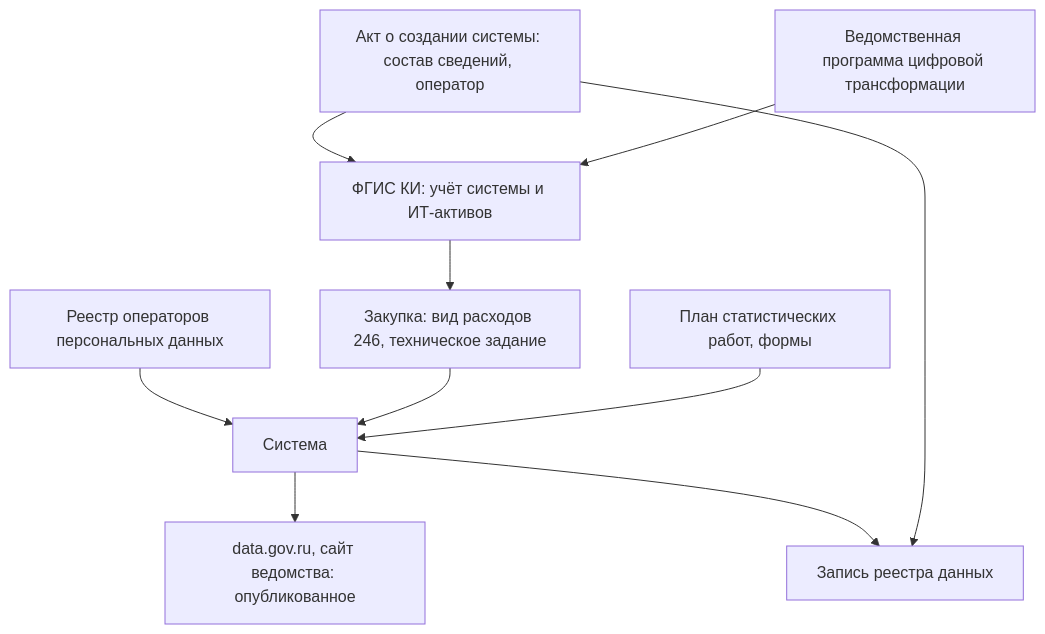
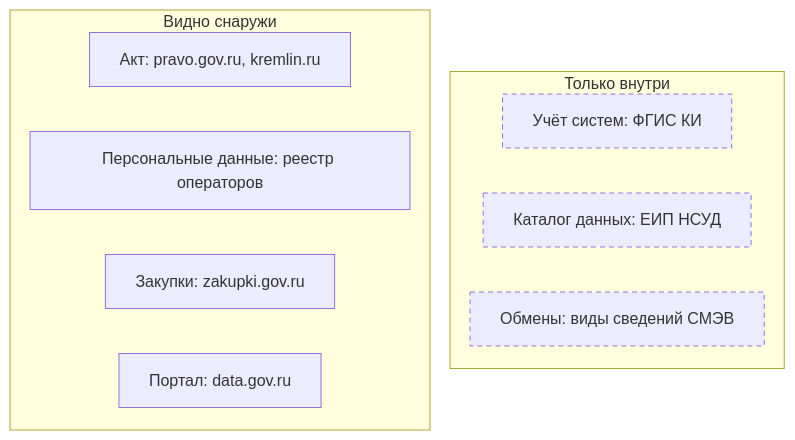
The first of 2 diagrams in docs/07-countries/02-russia.md (ivbeg/data-inventory), drawn with Mermaid before and after one commit. The commit also changed other lines of this file and 54 other files, not shown here.

````diff
--- a/docs/07-countries/02-russia.md
+++ b/docs/07-countries/02-russia.md
@@ -23,12 +15,21 @@
 ```mermaid
-flowchart TB
-  A["Акт о создании системы: состав сведений, оператор"] --> K["ФГИС КИ: учёт системы и ИТ-активов"]
-  P["Ведомственная программа цифровой трансформации"] --> K
-  K --> Z["Закупка: вид расходов 246, техническое задание"]
-  O["Реестр операторов персональных данных"] --> S["Система"]
-  Z --> S
-  F["План статистических работ, формы"] --> S
-  S --> D["data.gov.ru, сайт ведомства: опубликованное"]
-  S --> R["Запись реестра данных"]
-  A --> R
+---
+config:
+  flowchart:
+    wrappingWidth: 320
+    nodeSpacing: 20
+    rankSpacing: 20
+---
+flowchart LR
+  subgraph OUT["Видно снаружи"]
+    direction TB
+    A["Акт: pravo.gov.ru, kremlin.ru"] ~~~ D["Персональные данные: реестр операторов"] ~~~ Z["Закупки: zakupki.gov.ru"] ~~~ P["Портал: data.gov.ru"]
+  end
+  subgraph IN["Только внутри"]
+    direction TB
+    S["Учёт систем: ФГИС КИ"] ~~~ C["Каталог данных: ЕИП НСУД"] ~~~ E["Обмены: виды сведений СМЭВ"]
+  end
+  OUT ~~~ IN
+  classDef inside stroke-dasharray: 5 4
+  class S,C,E inside
 ```
````
